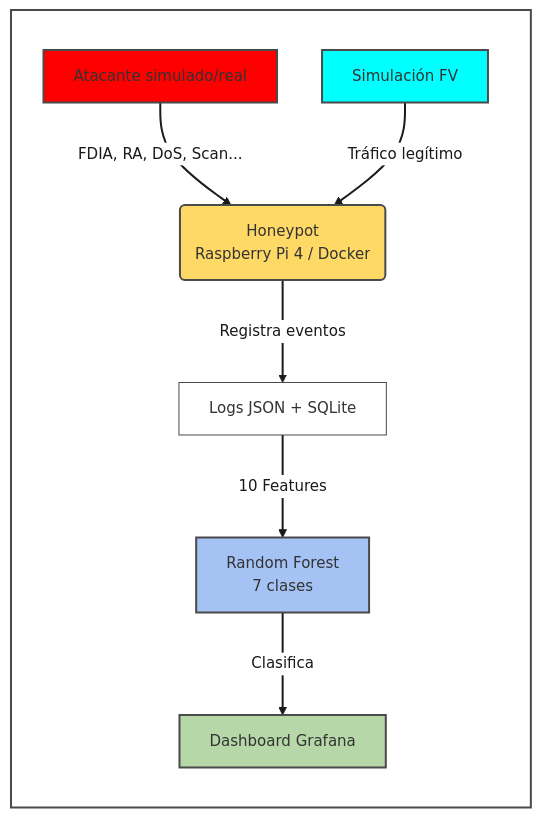
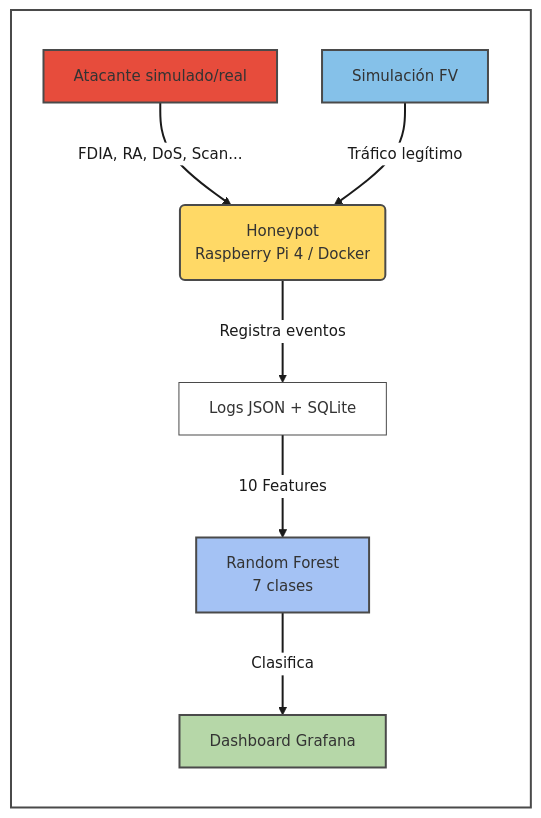
The diagram in docs/Semana1/problema_definido.md (NicolasReyes001/tesis-honeypot-fv-ml), drawn with Mermaid before and after one commit. The commit also changed other lines of this file and 4 other files, not shown here.

````diff
--- a/docs/Semana1/problema_definido.md
+++ b/docs/Semana1/problema_definido.md
@@ -82,44 +82,44 @@
 ```mermaid
 %%{init: {
   'theme': 'base',
   'themeVariables': {
     'fontSize': '15px',
     'primaryColor': '#ffffff',
     'edgeLabelBackground': '#ffffff',
     'lineColor': '#4a4a4a',
     'mainBkg': '#ffffff',
     'nodeBorder': '#4a4a4a',
     'actorBorder': '#4a4a4a',
     'textColor': '#1a1a1a',
     'arrowheadColor': '#1a1a1a'
   },
   'flowchart': {
     'useMaxWidth': true,
     'nodeSpacing': 45,
     'rankSpacing': 55,
     'curve': 'basis'
   }
 }}%%
 graph TD
-    subgraph Sistema_propuesto [" "]
+    subgraph Arquitectura_del_Sistema [" "]
         direction TD
         A[Atacante simulado/real] -->|FDIA, RA, DoS, Scan...| B(Honeypot<br>Raspberry Pi 4 / Docker)
         F[Simulación FV] -->|Tráfico legítimo| B
         B -->|Registra eventos| C[Logs JSON + SQLite]
         C -->|10 Features| D[Random Forest<br>7 clases]
         D -->|Clasifica| E[Dashboard Grafana]
         
-        style A fill:#FF0000,stroke:#4a4a4a,stroke-width:2px
+        style A fill:#E74C3C,stroke:#4a4a4a,stroke-width:2px
         style B fill:#ffd966,stroke:#4a4a4a,stroke-width:2px
         style D fill:#a4c2f4,stroke:#4a4a4a,stroke-width:2px
         style E fill:#b6d7a8,stroke:#4a4a4a,stroke-width:2px
-        style F fill:#00FFFF,stroke:#4a4a4a,stroke-width:2px
+        style F fill:#85C1E9,stroke:#4a4a4a,stroke-width:2px
     end
 
     %% === Estilo para la caja contenedora ===
-    style Sistema_propuesto fill:#ffffff,stroke:#4a4a4a,stroke-width:2px
+    style Arquitectura_del_Sistema fill:#ffffff,stroke:#4a4a4a,stroke-width:2px
 
     %% === Flechas con contorno blanco + relleno negro ===
     linkStyle default stroke:#ffffff, stroke-width: 5px
     linkStyle default stroke:#1a1a1a, stroke-width:2px, color:#1a1a1a
 ```
````
